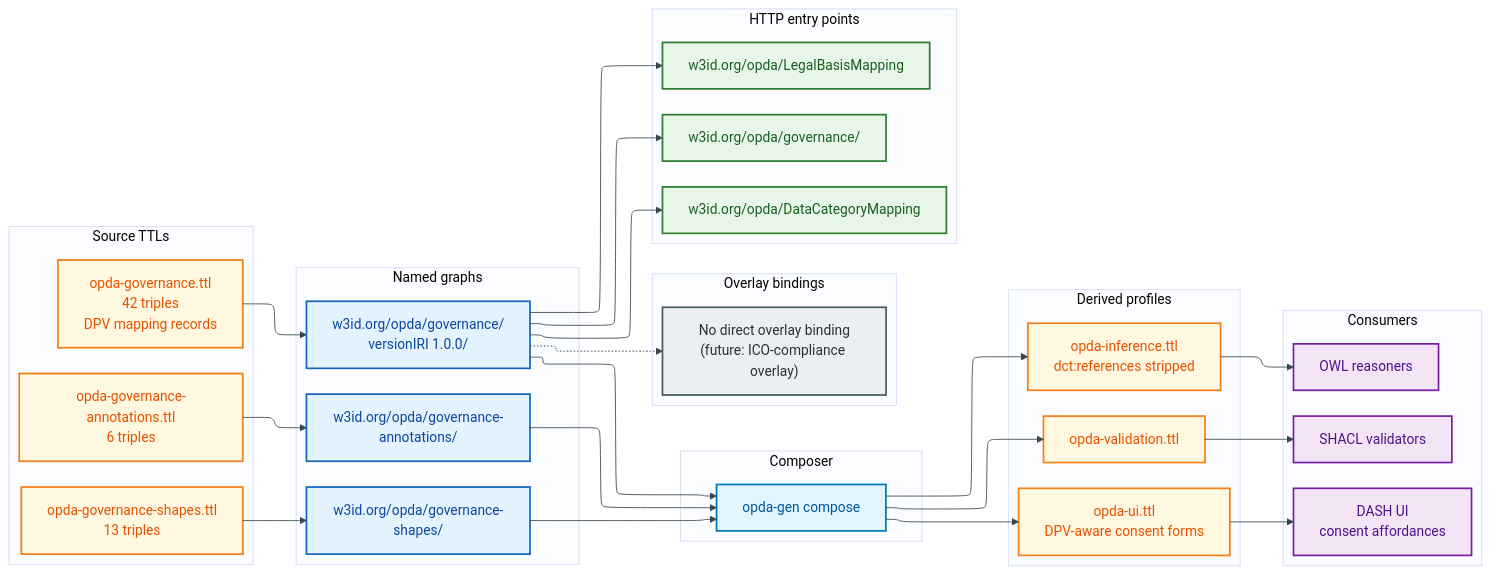
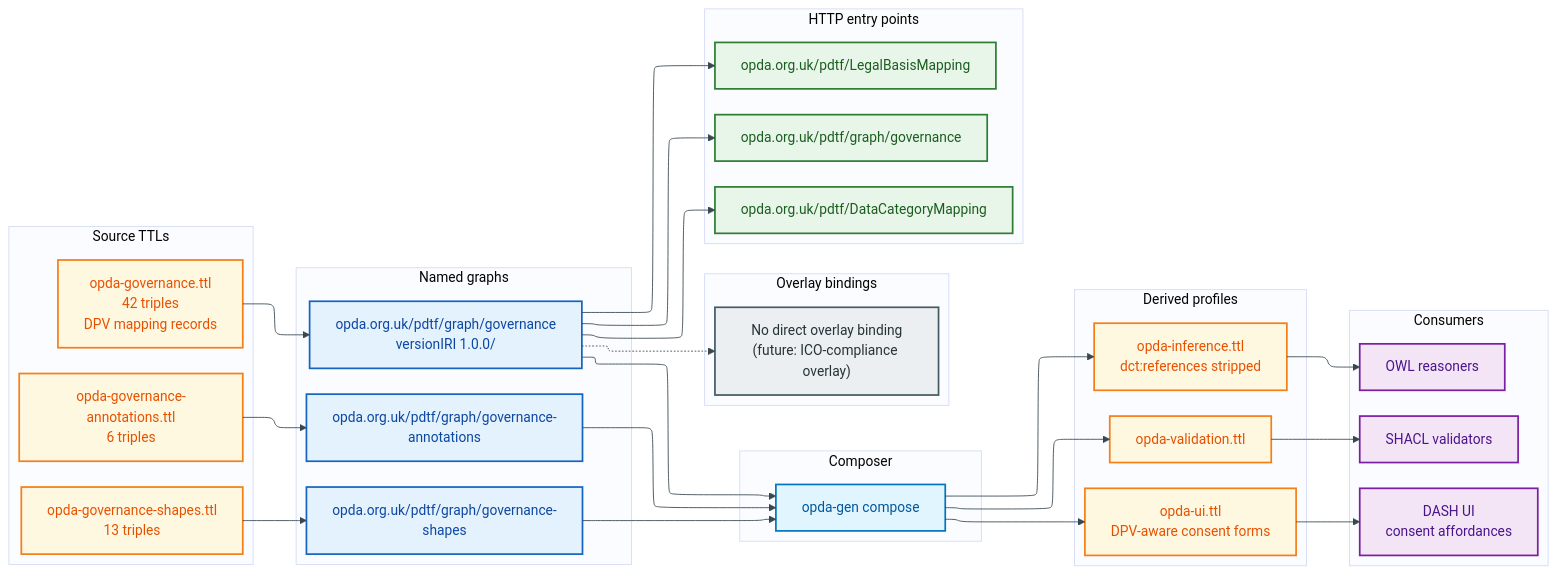
Before and after one commit to sparkling/opda: the diagram in docs/manual/physical-database/modules/governance.md, drawn with Mermaid. The commit also changed other lines of this file and 98 other files, not shown here.

First line of the commit message:
docs: migrate live IRI references to opda.org.uk/pdtf scheme (swarm)

````diff
--- a/docs/manual/physical-database/modules/governance.md
+++ b/docs/manual/physical-database/modules/governance.md
@@ -64,80 +64,80 @@
 ```mermaid
 ---
 config:
   layout: elk
   elk:
     mergeEdges: false
     nodePlacementStrategy: BRANDES_KOEPF
 ---
 %%{init: {"theme": "base", "themeVariables": {"primaryColor": "#FFF8E1", "primaryTextColor": "#E65100", "primaryBorderColor": "#F57F17", "lineColor": "#37474F"}}}%%
 flowchart LR
     accTitle: Governance module deployment graph
     accDescr: Shows how Governance TTLs flow through named graphs, derived profiles, and HTTP entry points. Governance is the DPV-mapping substrate.
 
     classDef data fill:#FFF8E1,stroke:#F57F17,stroke-width:2px,color:#E65100
     classDef process fill:#E1F5FE,stroke:#0277BD,stroke-width:2px,color:#01579B
     classDef service fill:#E8F5E9,stroke:#2E7D32,stroke-width:2px,color:#1B5E20
     classDef user fill:#F3E5F5,stroke:#7B1FA2,stroke-width:2px,color:#4A148C
     classDef infra fill:#E3F2FD,stroke:#1565C0,stroke-width:2px,color:#0D47A1
     classDef external fill:#ECEFF1,stroke:#455A64,stroke-width:2px,color:#263238
 
     subgraph SRC["Source TTLs"]
         T["opda-governance.ttl<br/>42 triples<br/>DPV mapping records"]:::data
         S["opda-governance-shapes.ttl<br/>13 triples"]:::data
         A["opda-governance-annotations.ttl<br/>6 triples"]:::data
     end
 
     subgraph NG["Named graphs"]
-        NGT["w3id.org/opda/governance/<br/>versionIRI 1.0.0/"]:::infra
-        NGS["w3id.org/opda/governance-shapes/"]:::infra
-        NGA["w3id.org/opda/governance-annotations/"]:::infra
+        NGT["opda.org.uk/pdtf/graph/governance<br/>versionIRI 1.0.0/"]:::infra
+        NGS["opda.org.uk/pdtf/graph/governance-shapes"]:::infra
+        NGA["opda.org.uk/pdtf/graph/governance-annotations"]:::infra
     end
 
     subgraph CMP["Composer"]
         C["opda-gen compose"]:::process
     end
 
     subgraph DRV["Derived profiles"]
         DV["opda-validation.ttl"]:::data
         DU["opda-ui.ttl<br/>DPV-aware consent forms"]:::data
         DI["opda-inference.ttl<br/>dct:references stripped"]:::data
     end
 
     subgraph OVR["Overlay bindings"]
         OBN["No direct overlay binding<br/>(future: ICO-compliance overlay)"]:::external
     end
 
     subgraph HTTP["HTTP entry points"]
-        H1["w3id.org/opda/governance/"]:::service
-        H2["w3id.org/opda/DataCategoryMapping"]:::service
-        H3["w3id.org/opda/LegalBasisMapping"]:::service
+        H1["opda.org.uk/pdtf/graph/governance"]:::service
+        H2["opda.org.uk/pdtf/DataCategoryMapping"]:::service
+        H3["opda.org.uk/pdtf/LegalBasisMapping"]:::service
     end
 
     subgraph CONS["Consumers"]
         U1["SHACL validators"]:::user
         U2["DASH UI<br/>consent affordances"]:::user
         U3["OWL reasoners"]:::user
     end
 
     T --> NGT
     S --> NGS
     A --> NGA
 
     NGT --> C
     NGS --> C
     NGA --> C
 
     C --> DV
     C --> DU
     C --> DI
 
     NGT -.-> OBN
 
     NGT --> H1
     NGT --> H2
     NGT --> H3
 
     DV --> U1
     DU --> U2
     DI --> U3
 ```
````
